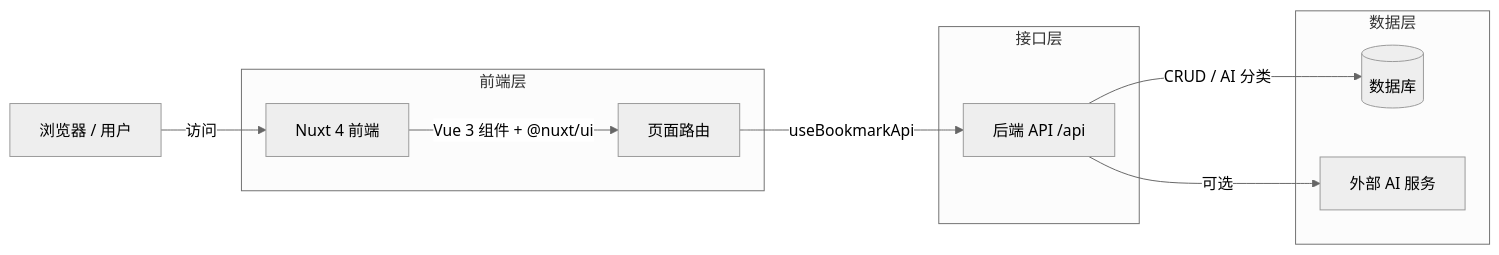
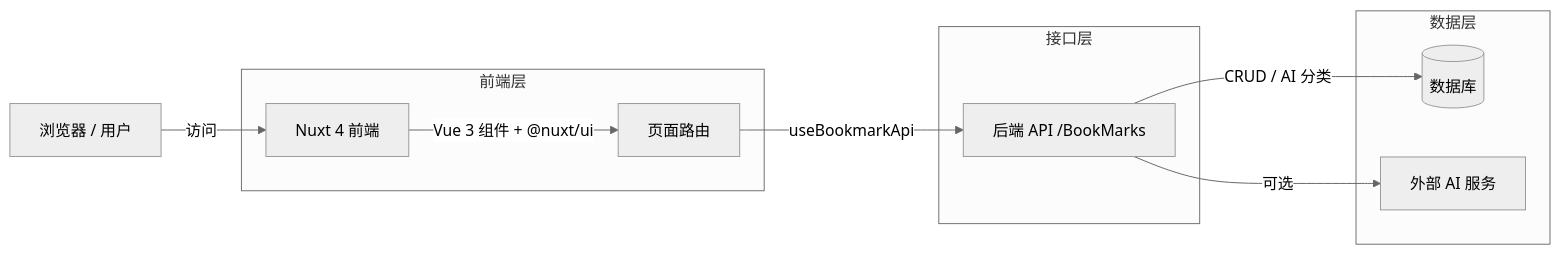
The diagram in README.md (junwOpenSourceProjects/test-BookMarkAnalysisVue3), drawn with Mermaid (neutral theme) before and after one commit. The commit also changed other lines of this file, not shown here.

Commit message:
docs: update README with API paths and icon usage

````diff
--- a/README.md
+++ b/README.md
@@ -18,22 +18,22 @@
 ```mermaid
 graph LR
     A[浏览器 / 用户] -->|访问| B[Nuxt 4 前端]
     B -->|Vue 3 组件 + @nuxt/ui| C[页面路由]
-    C -->|useBookmarkApi| D[后端 API /api]
+    C -->|useBookmarkApi| D[后端 API /BookMarks]
     D -->|CRUD / AI 分类| E[(数据库)]
     D -->|可选| F[外部 AI 服务]
 
     subgraph 前端层
         B
         C
     end
 
     subgraph 接口层
         D
     end
 
     subgraph 数据层
         E
         F
     end
 ```
````
